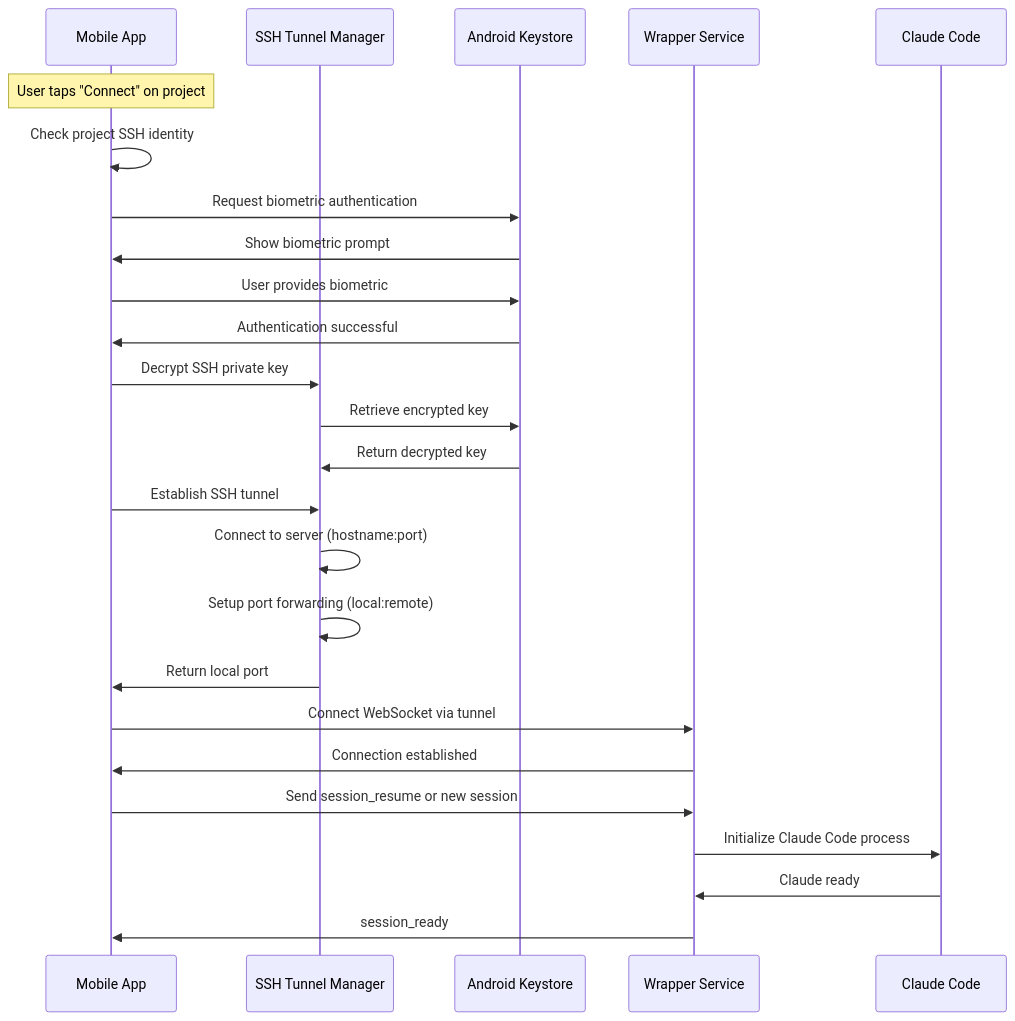
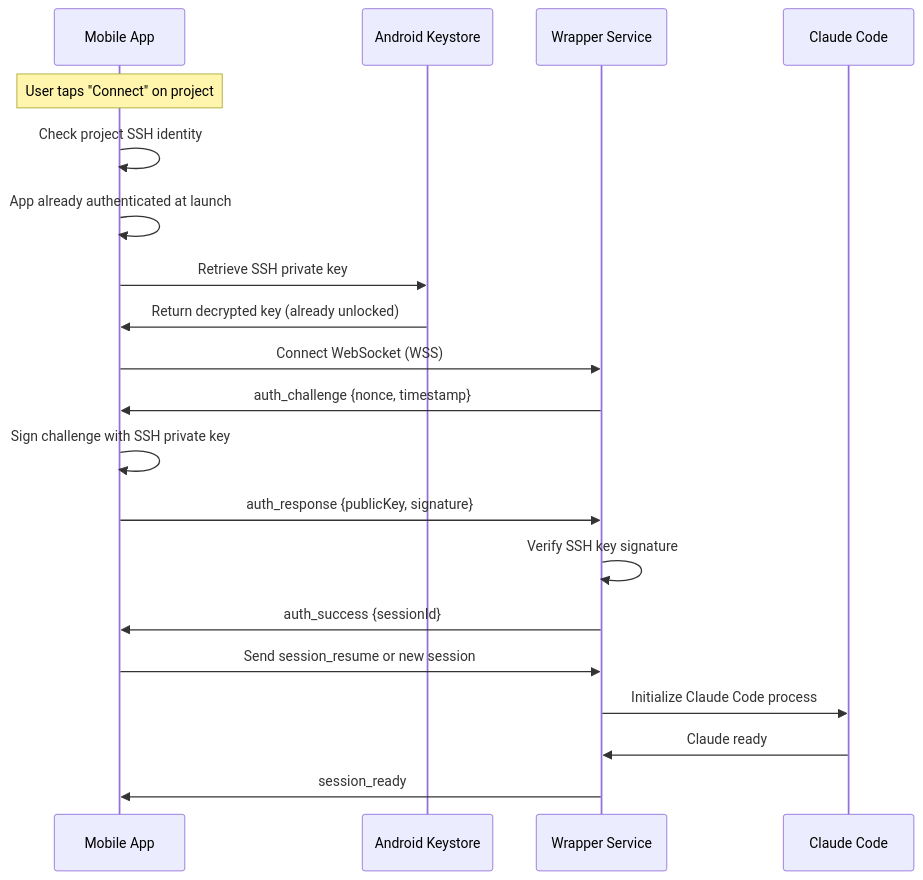
Before and after one commit to bebsworthy/pocket_agent: the fourth of 15 diagrams in documentation/project.spec.md, drawn with Mermaid. The commit also changed other lines of this file and 26 other files, not shown here.

````diff
--- a/documentation/project.spec.md
+++ b/documentation/project.spec.md
@@ -349,32 +349,26 @@
 ```mermaid
 sequenceDiagram
     participant M as Mobile App
-    participant SSH as SSH Tunnel Manager
     participant KS as Android Keystore
     participant W as Wrapper Service
     participant C as Claude Code
     
     Note over M: User taps "Connect" on project
     M->>M: Check project SSH identity
-    M->>KS: Request biometric authentication
-    KS->>M: Show biometric prompt
-    M->>KS: User provides biometric
-    KS->>M: Authentication successful
+    M->>M: App already authenticated at launch
     
-    M->>SSH: Decrypt SSH private key
-    SSH->>KS: Retrieve encrypted key
-    KS->>SSH: Return decrypted key
+    M->>KS: Retrieve SSH private key
+    KS->>M: Return decrypted key (already unlocked)
     
-    M->>SSH: Establish SSH tunnel
-    SSH->>SSH: Connect to server (hostname:port)
-    SSH->>SSH: Setup port forwarding (local:remote)
-    SSH->>M: Return local port
-    
-    M->>W: Connect WebSocket via tunnel
-    W->>M: Connection established
+    M->>W: Connect WebSocket (WSS)
+    W->>M: auth_challenge {nonce, timestamp}
+    M->>M: Sign challenge with SSH private key
+    M->>W: auth_response {publicKey, signature}
+    W->>W: Verify SSH key signature
+    W->>M: auth_success {sessionId}
     
     M->>W: Send session_resume or new session
     W->>C: Initialize Claude Code process
     C->>W: Claude ready
     W->>M: session_ready
 ```
````
